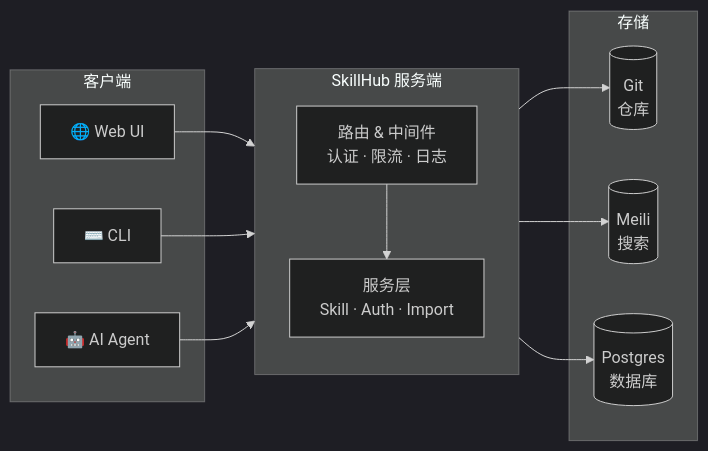
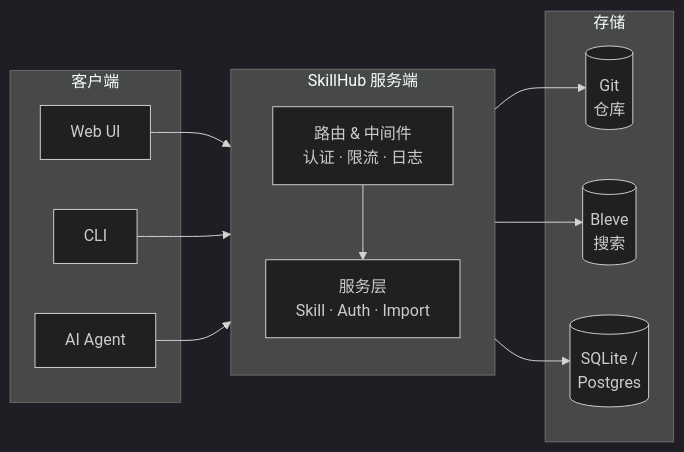
Before and after one commit to cinience/skillhub: the diagram in README_CN.md, drawn with Mermaid (dark theme). The commit also changed other lines of this file and 9 other files, not shown here.

````diff
--- a/README_CN.md
+++ b/README_CN.md
@@ -103,24 +106,24 @@
 ```mermaid
 graph LR
     subgraph 客户端
-        W["🌐 Web UI"]
-        C["⌨️ CLI"]
-        A["🤖 AI Agent"]
+        W["Web UI"]
+        C["CLI"]
+        A["AI Agent"]
     end
 
     subgraph SkillHub["SkillHub 服务端"]
         direction TB
         R["路由 & 中间件<br/>认证 · 限流 · 日志"]
         S["服务层<br/>Skill · Auth · Import"]
         R --> S
     end
 
     subgraph 存储
         G[("Git<br/>仓库")]
-        M[("Meili<br/>搜索")]
-        P[("Postgres<br/>数据库")]
+        B[("Bleve<br/>搜索")]
+        D[("SQLite /<br/>Postgres")]
     end
 
     W & C & A --> R
-    S --> G & M & P
+    S --> G & B & D
 ```
````
